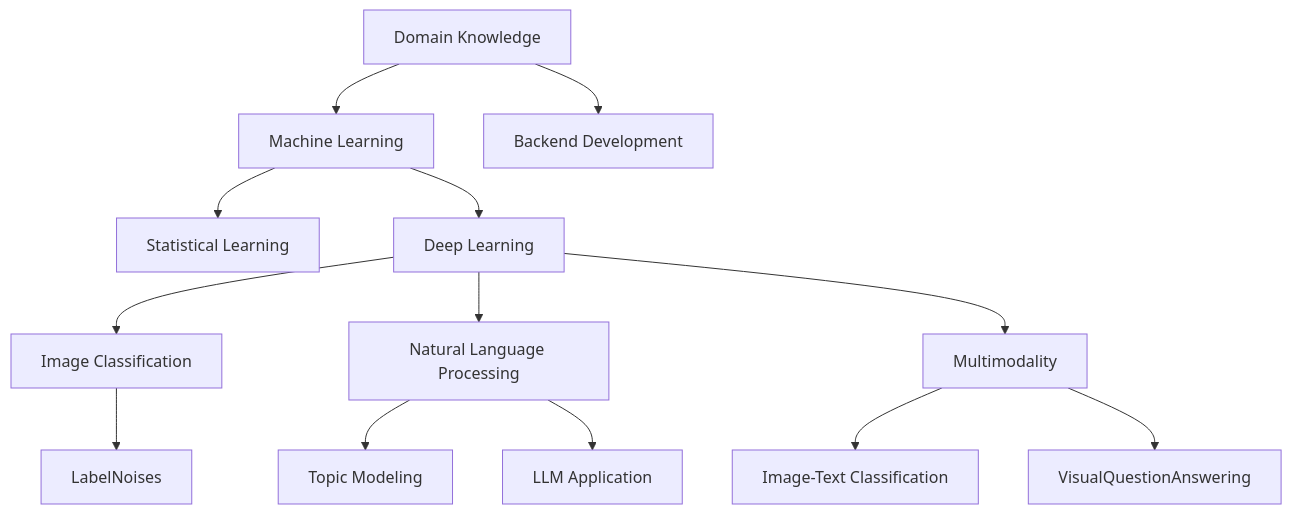
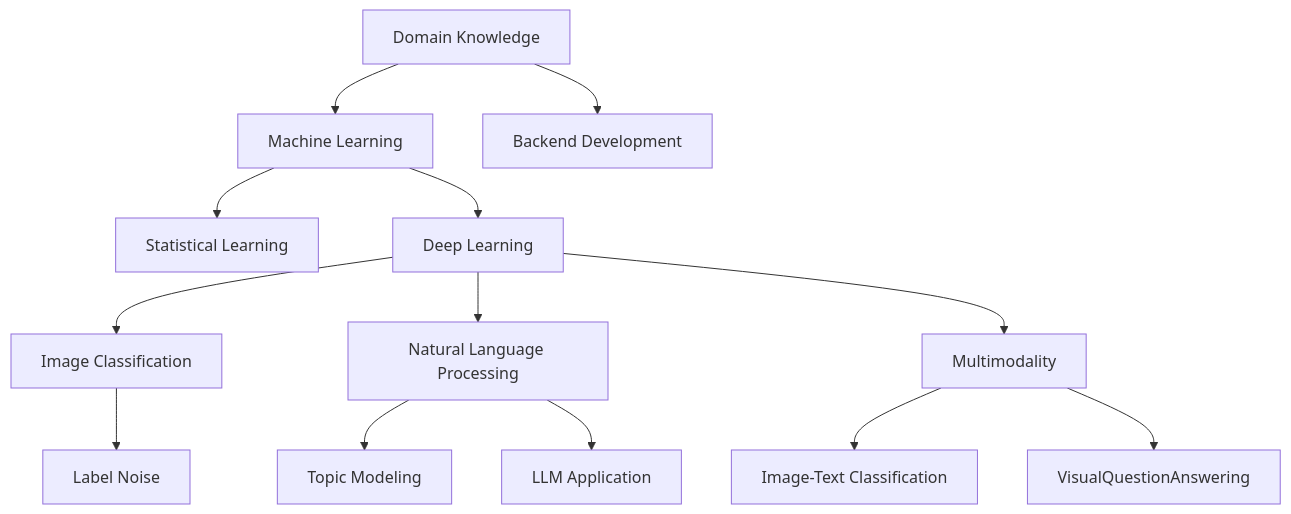
Before and after one commit to XavierSpycy/XavierSpycy: the diagram in README.md, drawn with Mermaid. The commit also changed other lines of this file, not shown here.

````diff
--- a/README.md
+++ b/README.md
@@ -12,15 +12,15 @@
 ```mermaid
 graph TD;
     DomainKnowledge[Domain Knowledge]-->MachineLearning[Machine Learning];
     MachineLearning[Machine Learning]-->StatisticalLearning[Statistical Learning];
     MachineLearning[Machine Learning]-->DeepLearning[Deep Learning];
     DomainKnowledge[Domain Knowledge]-->BackendDevelopment[Backend Development];
     DeepLearning[Deep Learning]-->ImageClassification[Image Classification];
-    ImageClassification[Image Classification]-->LabelNoise[LabelNoises];
+    ImageClassification[Image Classification]-->LabelNoise[Label Noise];
     DeepLearning[Deep Learning]-->NaturalLanguageProcessing[Natural Language Processing];
     NaturalLanguageProcessing[Natural Language Processing]-->TopicModeling[Topic Modeling];
     NaturalLanguageProcessing[Natural Language Processing]-->LLMApplication[LLM Application];
     DeepLearning[Deep Learning]-->Multimodality[Multimodality];
     Multimodality[Multimodality]-->ImageTextClassification[Image-Text Classification];
     Multimodality[Multimodality]-->VisualQuestionAnswering[VisualQuestionAnswering];
    ```
````
